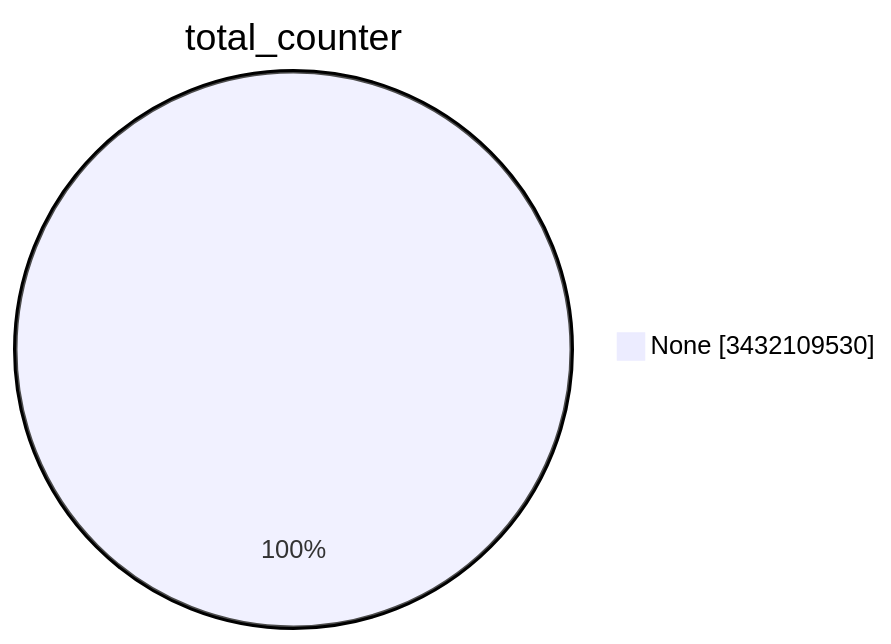
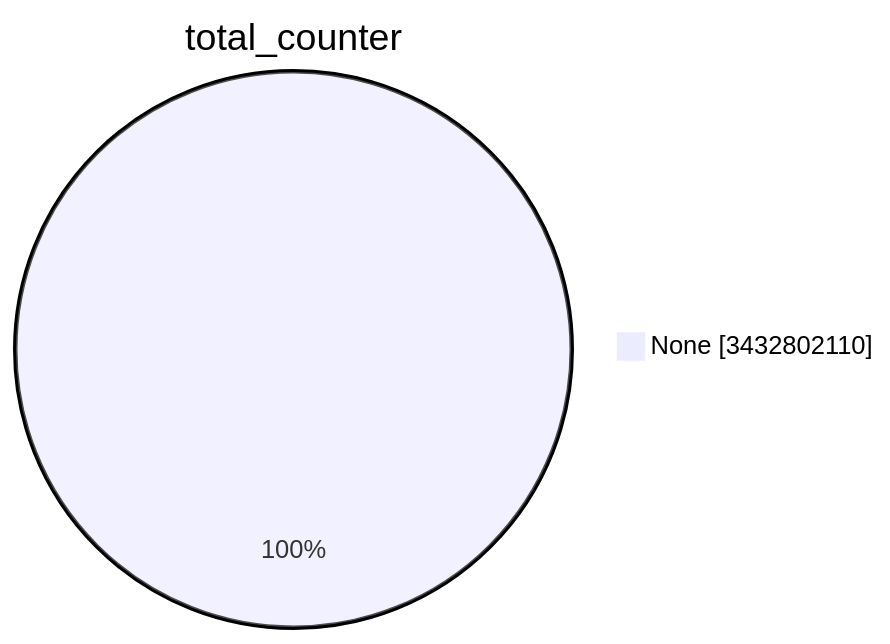
One commit to christiankrug/ctmonitor_visualization changed the first of 15 diagrams in TOTAL/README.md. Above: the diagram before and after it, drawn with Mermaid. The commit also changed other lines of this file, not shown here.

````diff
--- a/TOTAL/README.md
+++ b/TOTAL/README.md
@@ -1,5 +1,5 @@
 ```mermaid
 pie showData
 title total_counter
-"None" :3432109530
+"None" :3432802110
 ```
````
